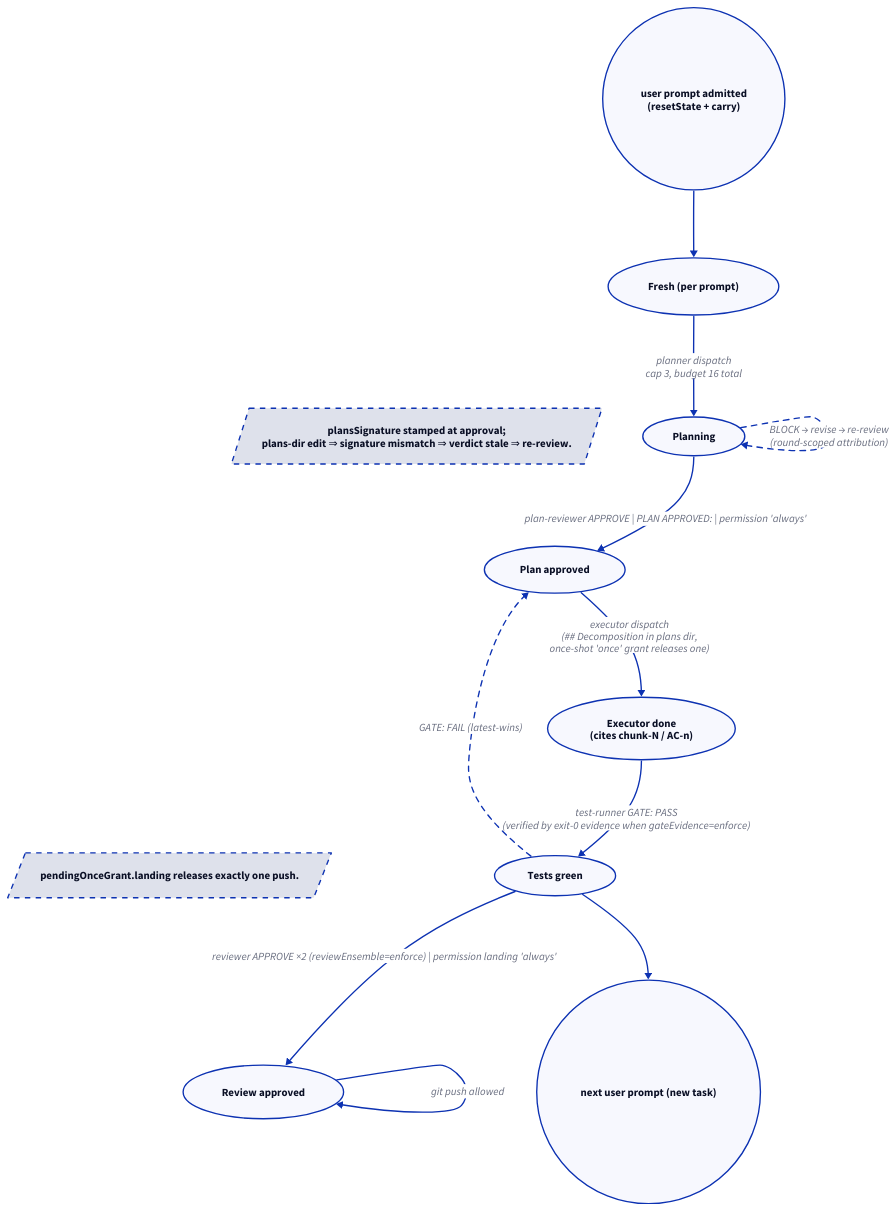
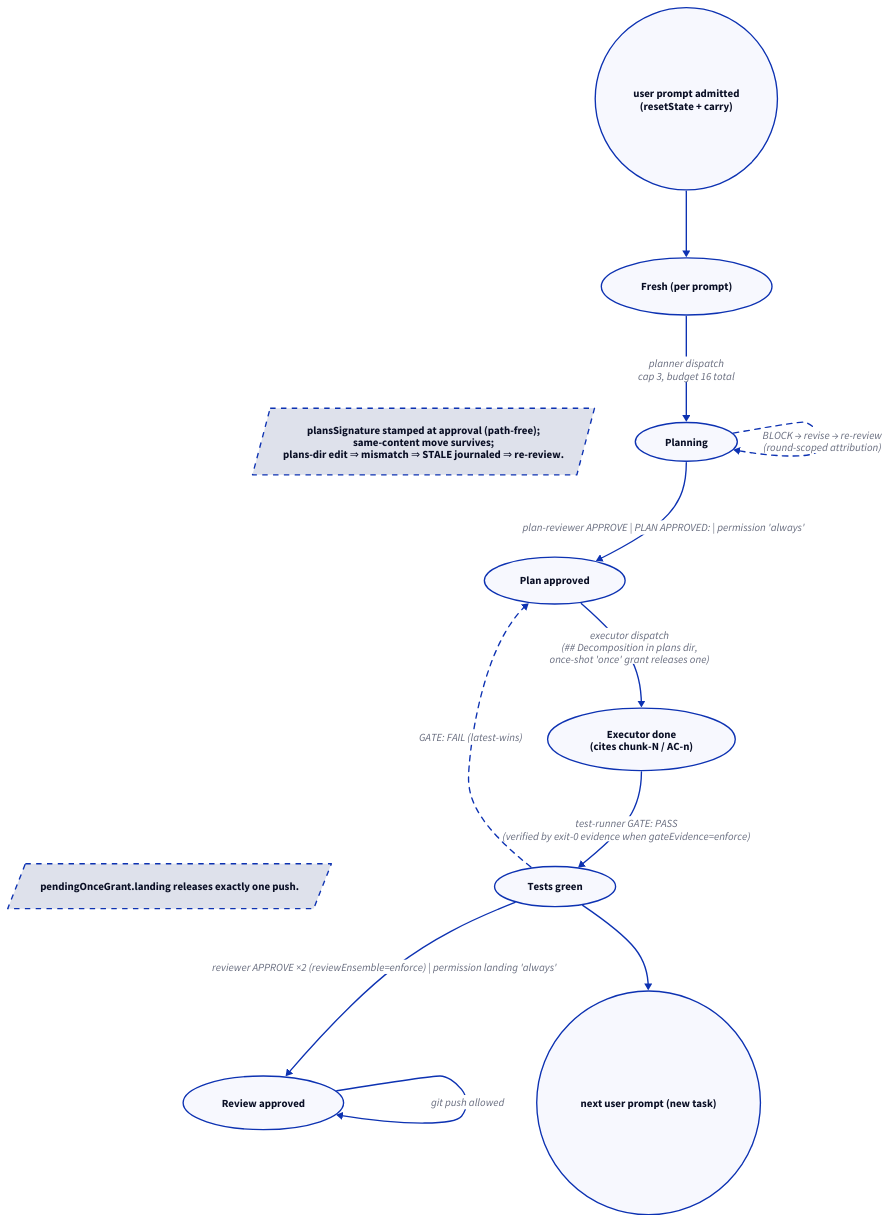
Before and after one commit to edseabolt/turnstile: the diagram in docs/diagrams/d04-gate-state.d2, drawn with D2. The commit also changed 9 other files, not shown here.

```diff
--- a/docs/diagrams/d04-gate-state.d2
+++ b/docs/diagrams/d04-gate-state.d2
@@ -1,57 +1,57 @@
 direction: down
 
 fresh: "Fresh (per prompt)" {
   shape: oval
 }
 planning: "Planning" {
   shape: oval
 }
 planok: "Plan approved" {
   shape: oval
 }
 executor: "Executor done\n(cites chunk-N / AC-n)" {
   shape: oval
 }
 green: "Tests green" {
   shape: oval
 }
 reviewed: "Review approved" {
   shape: oval
 }
 end: "next user prompt (new task)" {
   shape: circle
 }
 
 start: "user prompt admitted\n(resetState + carry)" {
   shape: circle
 }
 
 start -> fresh
 fresh -> planning: "planner dispatch\ncap 3, budget 16 total"
 planning -> planok: "plan-reviewer APPROVE | PLAN APPROVED: | permission 'always'"
 planning -> planning: "BLOCK → revise → re-review\n(round-scoped attribution)" {
   style.stroke-dash: 4
 }
 planok -> executor: "executor dispatch\n(## Decomposition in plans dir,\nonce-shot 'once' grant releases one)"
 executor -> green: "test-runner GATE: PASS\n(verified by exit-0 evidence when gateEvidence=enforce)"
 green -> planok: "GATE: FAIL (latest-wins)" {
   style.stroke-dash: 4
 }
 green -> reviewed: "reviewer APPROVE ×2 (reviewEnsemble=enforce) | permission landing 'always'"
 reviewed -> reviewed: "git push allowed"
 green -> end
 
-planok-note: "plansSignature stamped at approval;\nplans-dir edit ⇒ signature mismatch ⇒ verdict stale ⇒ re-review." {
+planok-note: "plansSignature stamped at approval (path-free);\nsame-content move survives;\nplans-dir edit ⇒ mismatch ⇒ STALE journaled ⇒ re-review." {
   style.stroke-dash: 4
   shape: parallelogram
 }
 reviewed-note: "pendingOnceGrant.landing releases exactly one push." {
   style.stroke-dash: 4
   shape: parallelogram
 }
 planok-note -> planok: "" {
   style.opacity: 0
 }
 reviewed-note -> reviewed: "" {
   style.opacity: 0
 }
```
